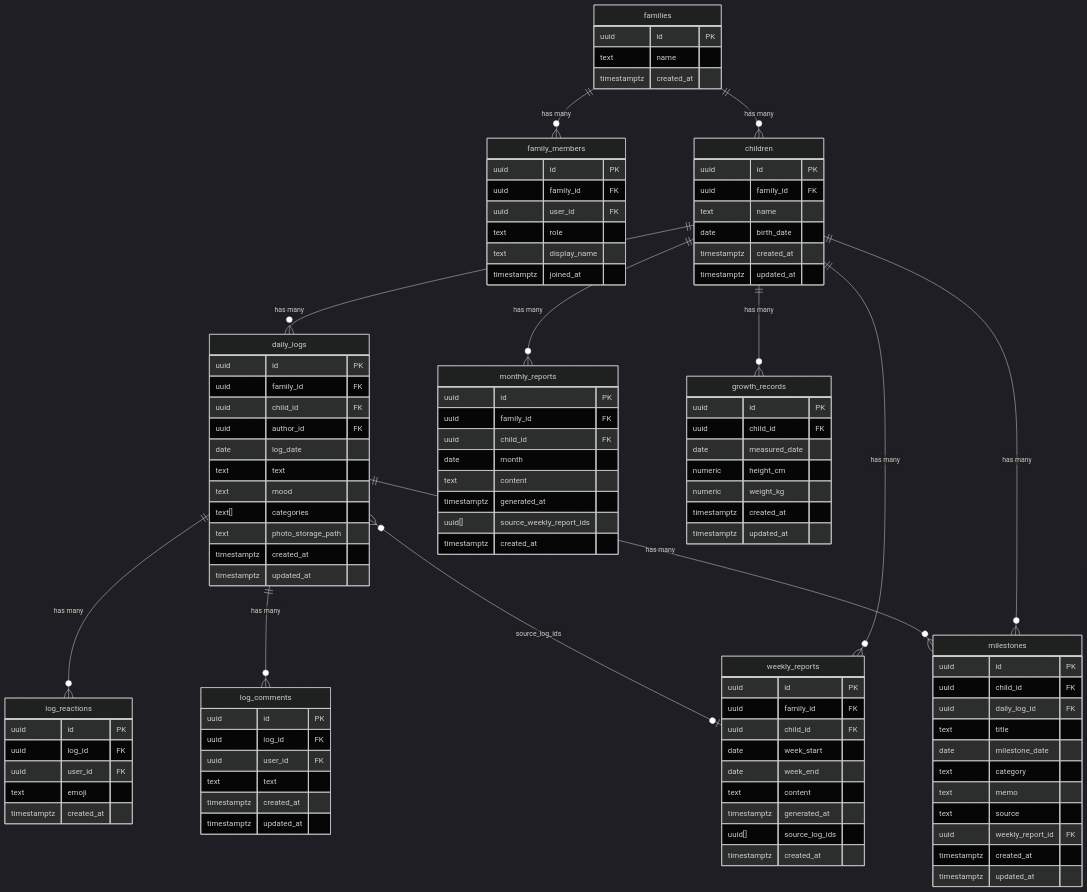
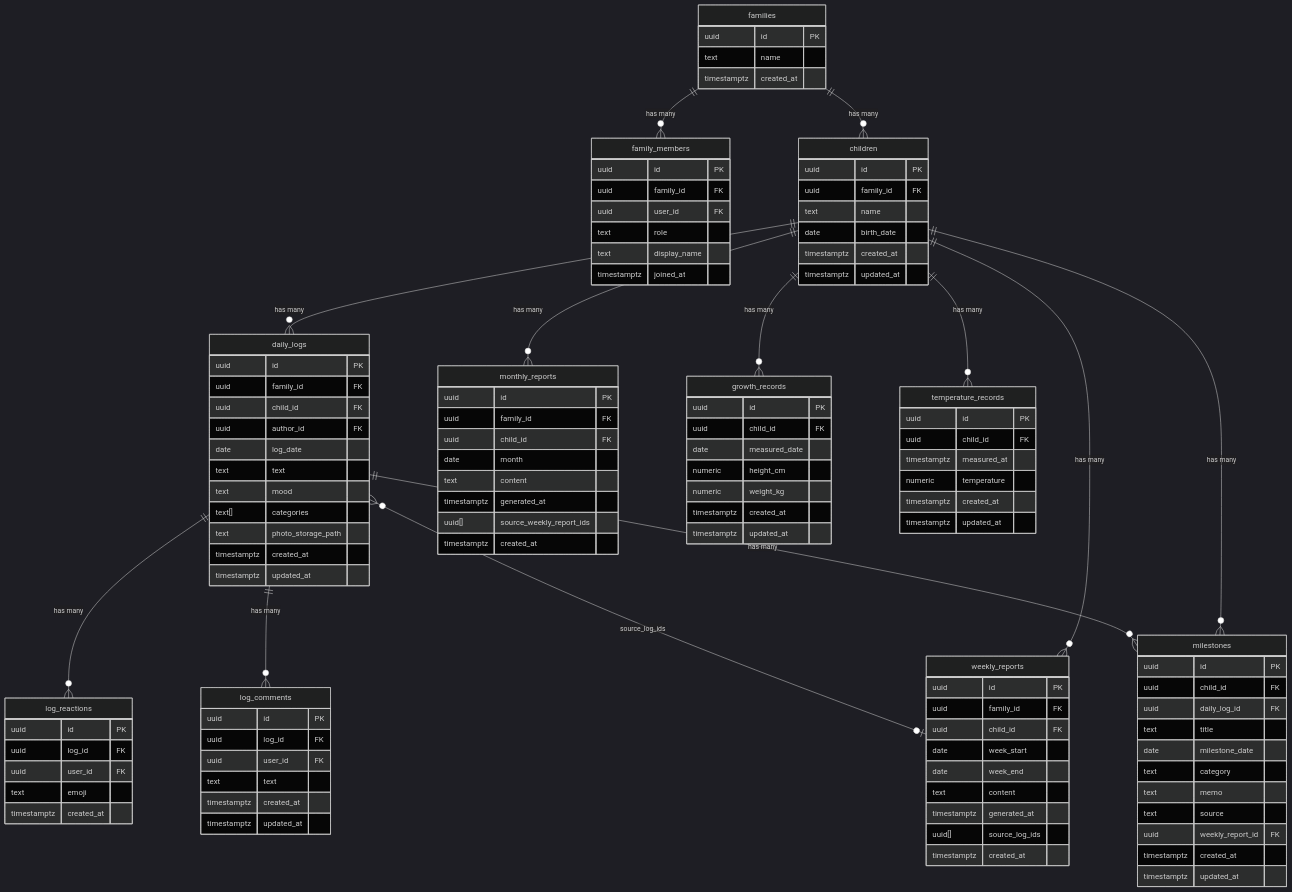
One commit to Hiroaki0117/baby-weekly-letter changed the second of 4 diagrams in docs/functional-design.md. Above: the diagram before and after it, drawn with Mermaid (dark theme). The commit also changed other lines of this file and 12 other files, not shown here.

```diff
--- a/docs/functional-design.md
+++ b/docs/functional-design.md
@@ -43,6 +43,7 @@
     children ||--o{ weekly_reports : "has many"
     children ||--o{ monthly_reports : "has many"
     children ||--o{ growth_records : "has many"
+    children ||--o{ temperature_records : "has many"
     children ||--o{ milestones : "has many"
     daily_logs ||--o{ log_reactions : "has many"
     daily_logs ||--o{ log_comments : "has many"
@@ -137,6 +138,15 @@
         timestamptz updated_at
     }
 
+    temperature_records {
+        uuid id PK
+        uuid child_id FK
+        timestamptz measured_at
+        numeric temperature
+        timestamptz created_at
+        timestamptz updated_at
+    }
+
     milestones {
         uuid id PK
         uuid child_id FK
```
